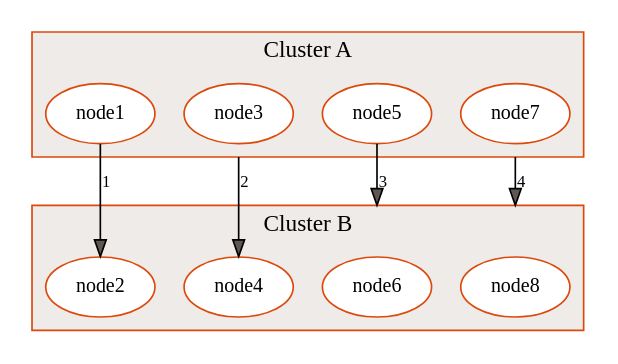
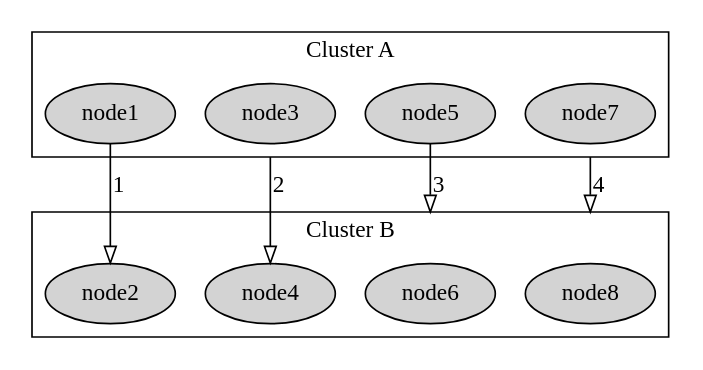
Before and after one commit to fryagbye/tinderboxwithquarto: the third of 3 diagrams in README.md, drawn with Graphviz. The commit also changed other lines of this file, not shown here.

````diff
--- a/README.md
+++ b/README.md
@@ -1037,59 +1411,44 @@
-```{dot} 
-//| label: fig-graphviz-test
+```{dot}
+//| label: fig-Test
 //| fig-cap: Graphviz Test
 //| fig-width: 5
 digraph {
-compound=true
-layout=dot
-  graph [    charset = "UTF-8";
-    splines = "ortho",
-  ];
+    layout=dot
+    compound=true
+    graph [charset = "UTF-8" ];
 subgraph cluster_A{
-        label="Cluster B"
-        spline="line"
-        color="#dc490b"
-        penwidth="1"
-        style="filled"
-        fillcolor="#eeebe9"
-        fontname="HiraginoSans-W4"
-        fontcolor="#000000"
-        fontsize="14"
-        A B C D 
+                label="Cluster B"
+                color="#000000"
+                penwidth="1"
+                style="filled"
+                fillcolor="#ffffff"
+                fontcolor="#000000"
+        "node2" "node4" "node6" "node8" 
 }
 
 subgraph cluster_B{
-        label="Cluster A"
-        spline="line"
-        color="#dc490b"
-        penwidth="1"
-        style="filled"
-        fillcolor="#eeebe9"
-        fontname="HiraginoSans-W4"
-        fontcolor="#000000"
-        fontsize="14"
-        E F G H 
+                label="Cluster A"
+                color="#000000"
+                penwidth="1"
+                style="filled"
+                fillcolor="#ffffff"
+                fontcolor="#000000"
+        "node1" "node3" "node5" "node7" 
 }
 
 
-A [ style="filled"label="node2", colorscheme="Blues8", color="#dc490b", penwidth="1", fillcolor="#ffffff", fontname="HiraginoSans-W4", fontcolor="#000000", fontsize="12"]
+"node2" [ style="filled" ]
+"node4" [ style="filled" ]
+"node6" [ style="filled" ]
+"node8" [ style="filled" ]
+"node1" [ style="filled" ]
+"node3" [ style="filled" ]
+"node5" [ style="filled" ]
+"node7" [ style="filled" ]
 
-B [ style="filled"label="node4", colorscheme="Blues8", color="#dc490b", penwidth="1", fillcolor="#ffffff", fontname="HiraginoSans-W4", fontcolor="#000000", fontsize="12"]
-
-C [ style="filled"label="node6", colorscheme="Blues8", color="#dc490b", penwidth="1", fillcolor="#ffffff", fontname="HiraginoSans-W4", fontcolor="#000000", fontsize="12"]
-
-D [ style="filled"label="node8", colorscheme="Blues8", color="#dc490b", penwidth="1", fillcolor="#ffffff", fontname="HiraginoSans-W4", fontcolor="#000000", fontsize="12"]
-
-E [ style="filled"label="node1", colorscheme="Blues8", color="#dc490b", penwidth="1", fillcolor="#ffffff", fontname="HiraginoSans-W4", fontcolor="#000000", fontsize="12"]
-
-F [ style="filled"label="node3", colorscheme="Blues8", color="#dc490b", penwidth="1", fillcolor="#ffffff", fontname="HiraginoSans-W4", fontcolor="#000000", fontsize="12"]
-
-G [ style="filled"label="node5", colorscheme="Blues8", color="#dc490b", penwidth="1", fillcolor="#ffffff", fontname="HiraginoSans-W4", fontcolor="#000000", fontsize="12"]
-
-H [ style="filled"label="node7", colorscheme="Blues8", color="#dc490b", penwidth="1", fillcolor="#ffffff", fontname="HiraginoSans-W4", fontcolor="#000000", fontsize="12"]
-
-E -> A [label = "1" fillcolor="#605850" fontname="HiraginoSans-W4" fontcolor="#000000" fontsize="10" labelfloat="false" ]
-F -> B [label = "2" fillcolor="#605850" fontname="HiraginoSans-W4" fontcolor="#000000" fontsize="10" labelfloat="false" ltail = "cluster_B" ]
-G -> C [label = "3" fillcolor="#605850" fontname="HiraginoSans-W4" fontcolor="#000000" fontsize="10" labelfloat="false" lhead = "cluster_A" ]
-H -> D [label = "4" fillcolor="#605850" fontname="HiraginoSans-W4" fontcolor="#000000" fontsize="10" labelfloat="false" lhead = "cluster_A" ltail = "cluster_B" ]
+"node1" -> "node2" [label = "1" fillcolor="#ffffff" fontcolor="#000000" ]
+"node3" -> "node4" [label = "2" fillcolor="#ffffff" fontcolor="#000000" ltail = "cluster_B" ]
+"node5" -> "node6" [label = "3" fillcolor="#ffffff" fontcolor="#000000" lhead = "cluster_A" ]
+"node7" -> "node8" [label = "4" fillcolor="#ffffff" fontcolor="#000000" lhead = "cluster_A" ltail = "cluster_B" ]
 }
 ```
````
